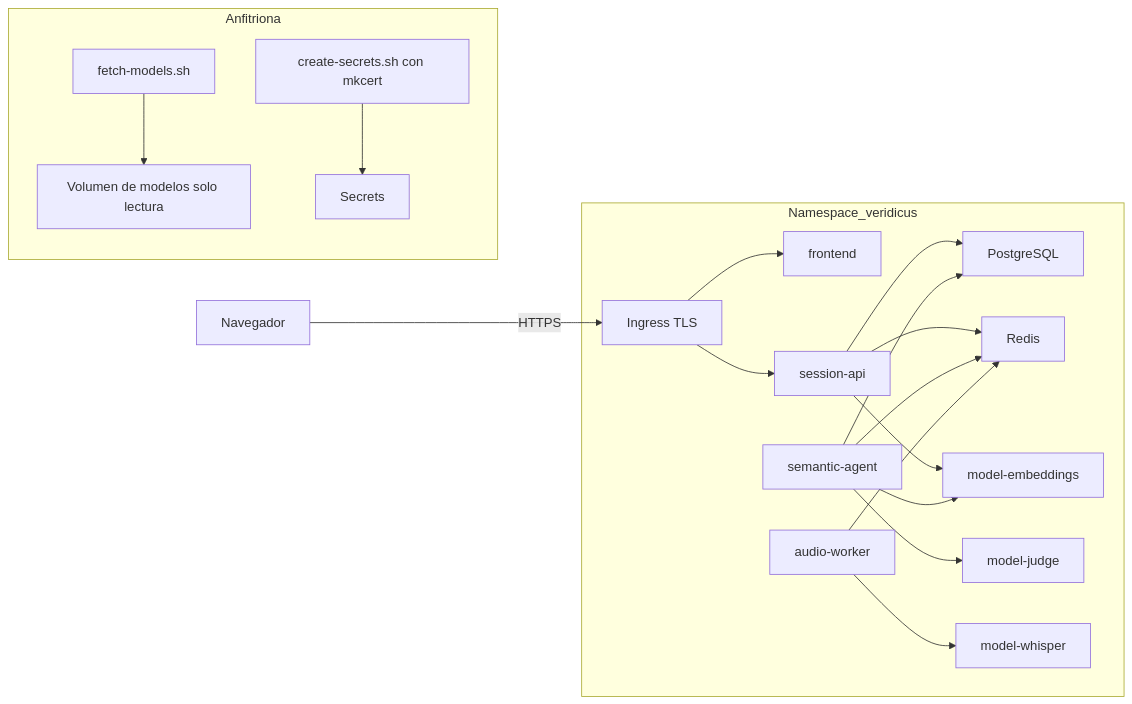
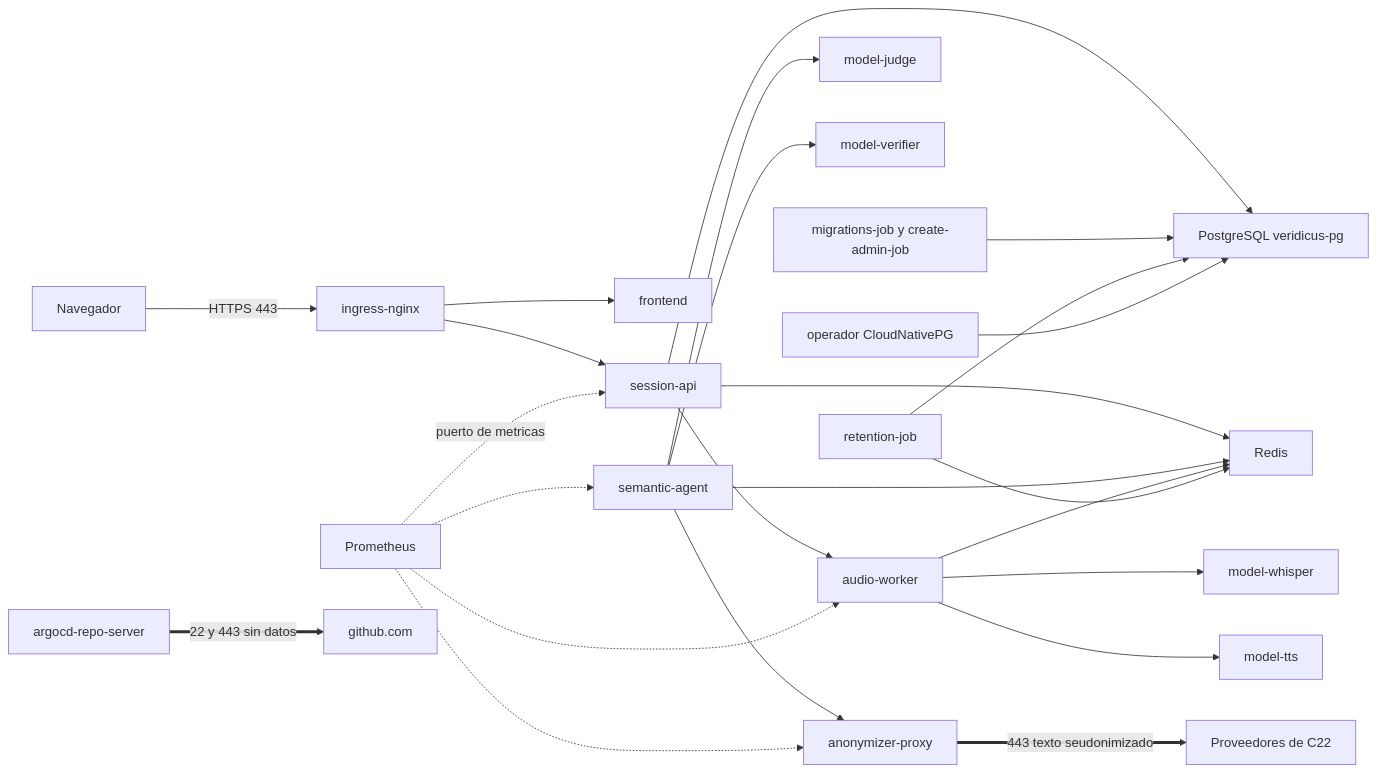
The diagram in aidlc/spaces/default/intents/261002-veridicus-mvp/construction/platform/nfr-design/security-design.md (freyesJaveriana/tai), drawn with Mermaid before and after one commit. The commit also changed other lines of this file and 12 other files, not shown here.

````diff
--- a/aidlc/spaces/default/intents/261002-veridicus-mvp/construction/platform/nfr-design/security-design.md
+++ b/aidlc/spaces/default/intents/261002-veridicus-mvp/construction/platform/nfr-design/security-design.md
@@ -17,21 +39,26 @@
 ```mermaid
 flowchart LR
-  subgraph Anfitriona
-    FM[fetch-models.sh] --> MV[Volumen de modelos solo lectura]
-    CS[create-secrets.sh con mkcert] --> SEC[Secrets]
-  end
-  subgraph Namespace_veridicus
-    ING[Ingress TLS] --> FE[frontend]
-    ING --> API[session-api]
-    API --> PG[PostgreSQL]
-    API --> RD[Redis]
-    API --> EMB[model-embeddings]
-    SA[semantic-agent] --> PG
-    SA --> RD
-    SA --> JD[model-judge]
-    SA --> EMB
-    AW[audio-worker] --> RD
-    AW --> WH[model-whisper]
-  end
-  NAV[Navegador] -->|HTTPS| ING
+  NAV["Navegador"] -->|"HTTPS 443"| ING["ingress-nginx"]
+  ING --> FE["frontend"]
+  ING --> API["session-api"]
+  API --> PG["PostgreSQL veridicus-pg"]
+  API --> RD["Redis"]
+  API --> AW["audio-worker"]
+  SA["semantic-agent"] --> RD
+  SA --> JD["model-judge"]
+  SA --> VF["model-verifier"]
+  SA --> PX["anonymizer-proxy"]
+  AW --> RD
+  AW --> WH["model-whisper"]
+  AW --> TT["model-tts"]
+  MJ["migrations-job y create-admin-job"] --> PG
+  RJ["retention-job"] --> PG
+  RJ --> RD
+  OP["operador CloudNativePG"] --> PG
+  PR["Prometheus"] -.->|"puerto de metricas"| API
+  PR -.-> SA
+  PR -.-> AW
+  PR -.-> PX
+  PX ==>|"443 texto seudonimizado"| EXT["Proveedores de C22"]
+  RS["argocd-repo-server"] ==>|"22 y 443 sin datos"| GH["github.com"]
 ```
````
